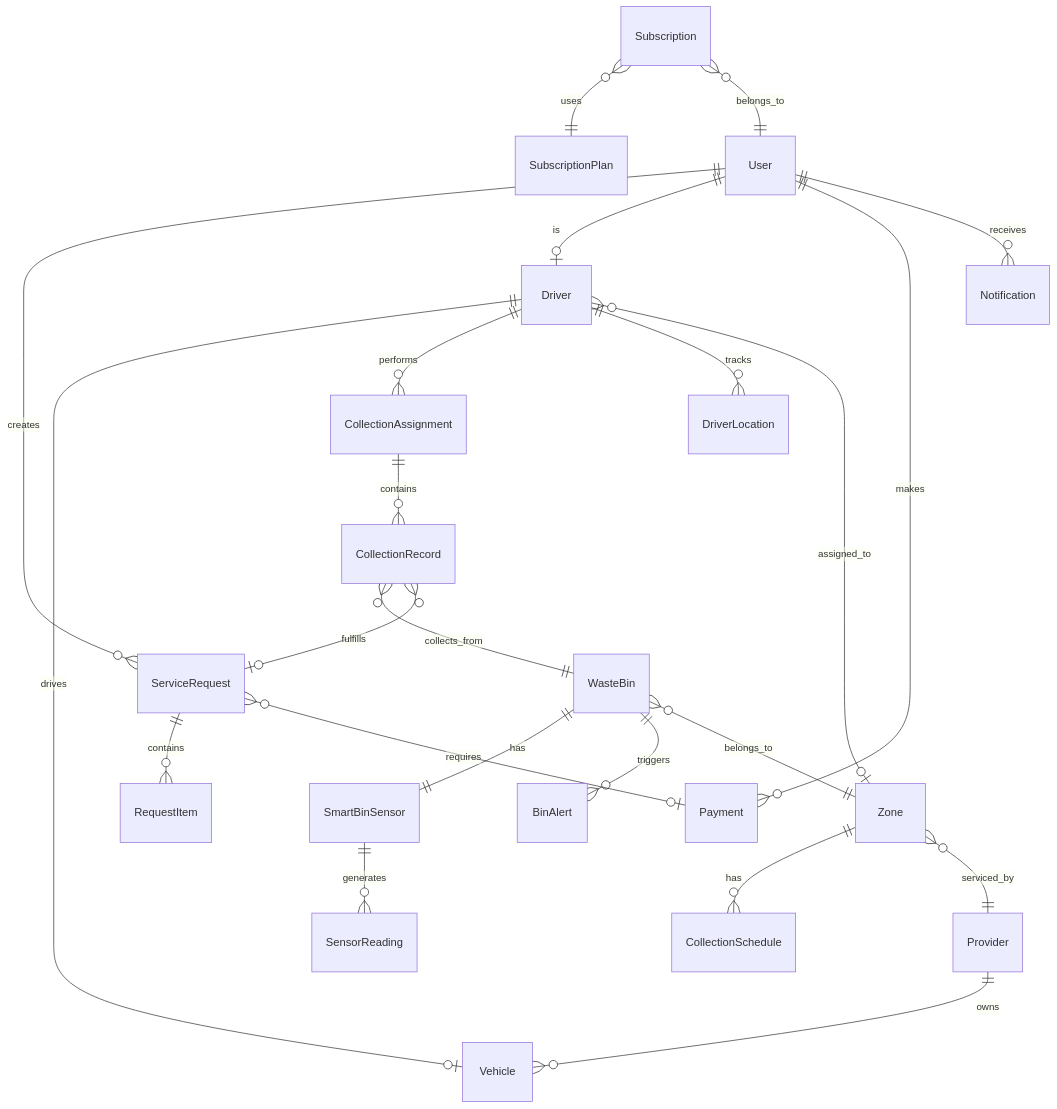
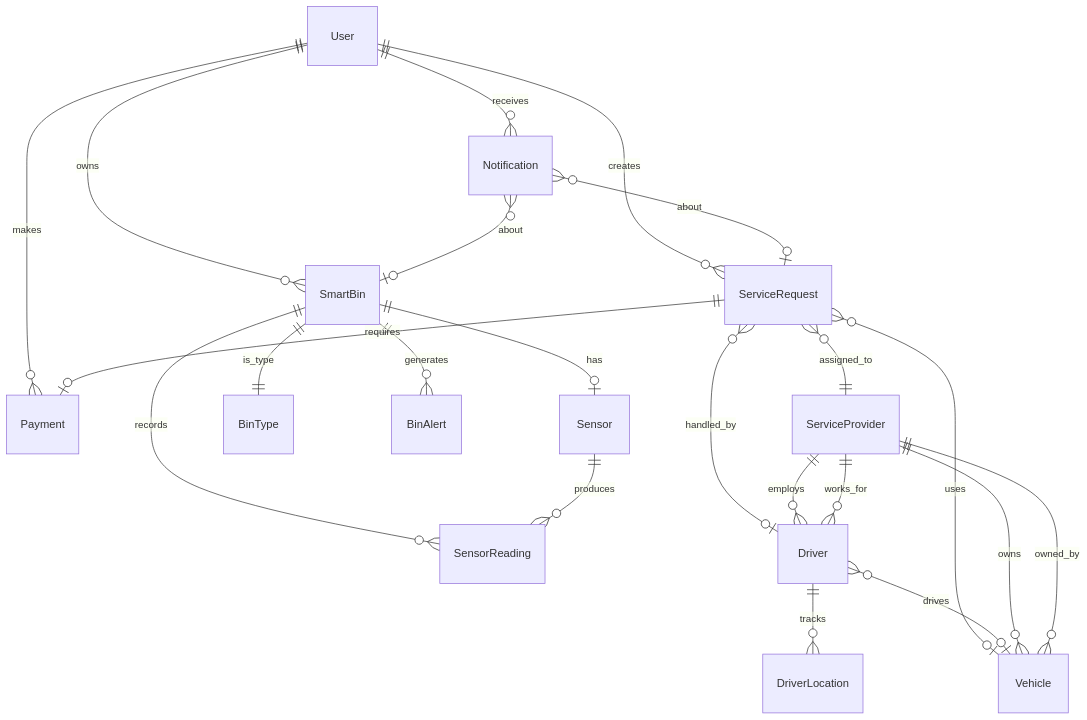
One commit to Ellis-Ayikwei/waste-wise changed the diagram in documentation/wasgo-erd.md. Above: the diagram before and after it, drawn with Mermaid. The commit also changed other lines of this file and 1 other file, not shown here.

Commit message:
Update README and ERD to Wasgo smart waste management system documentation

````diff
--- a/documentation/wasgo-erd.md
+++ b/documentation/wasgo-erd.md
@@ -310,32 +463,31 @@
 ```mermaid
 erDiagram
     User ||--o{ ServiceRequest : creates
-    User ||--o| Driver : is
     User ||--o{ Payment : makes
     User ||--o{ Notification : receives
+    User ||--o{ SmartBin : owns
     
-    WasteBin ||--|| SmartBinSensor : has
-    SmartBinSensor ||--o{ SensorReading : generates
-    WasteBin ||--o{ BinAlert : triggers
-    WasteBin }o--|| Zone : belongs_to
+    SmartBin ||--o| Sensor : has
+    SmartBin ||--|| BinType : is_type
+    SmartBin ||--o{ BinAlert : generates
+    SmartBin ||--o{ SensorReading : records
     
-    Driver ||--o| Vehicle : drives
-    Driver ||--o{ CollectionAssignment : performs
+    Sensor ||--o{ SensorReading : produces
+    
+    ServiceRequest }o--|| ServiceProvider : assigned_to
+    ServiceRequest }o--o| Driver : handled_by
+    ServiceRequest }o--o| Vehicle : uses
+    ServiceRequest ||--o| Payment : requires
+    
+    Driver }o--|| ServiceProvider : works_for
     Driver ||--o{ DriverLocation : tracks
-    Driver }o--o| Zone : assigned_to
+    Driver }o--o| Vehicle : drives
     
-    CollectionAssignment ||--o{ CollectionRecord : contains
-    CollectionRecord }o--|| WasteBin : collects_from
-    CollectionRecord }o--o| ServiceRequest : fulfills
+    Vehicle }o--|| ServiceProvider : owned_by
     
-    Zone ||--o{ CollectionSchedule : has
-    Zone }o--|| Provider : serviced_by
+    ServiceProvider ||--o{ Driver : employs
+    ServiceProvider ||--o{ Vehicle : owns
     
-    ServiceRequest ||--o{ RequestItem : contains
-    ServiceRequest }o--o| Payment : requires
-    
-    Provider ||--o{ Vehicle : owns
-    
-    Subscription }o--|| SubscriptionPlan : uses
-    Subscription }o--|| User : belongs_to
+    Notification }o--o| SmartBin : about
+    Notification }o--o| ServiceRequest : about
 ```
````
